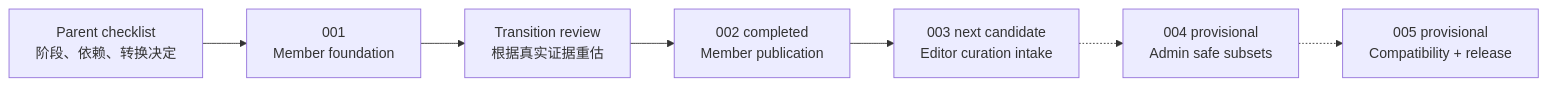
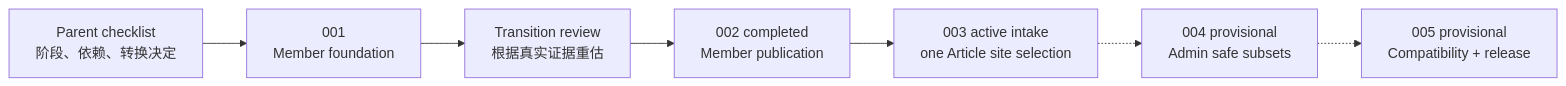
The diagram in docs/roadmap/agent-workspace-program.md (lonelyreader/chinaknowledge), drawn with Mermaid before and after one commit. The commit also changed other lines of this file and 5 other files, not shown here.

Commit message:
docs(agent): start editor site curation

````diff
--- a/docs/roadmap/agent-workspace-program.md
+++ b/docs/roadmap/agent-workspace-program.md
@@ -21,9 +21,9 @@
 ```mermaid
 flowchart LR
     P["Parent checklist<br/>阶段、依赖、转换决定"] --> A1["001<br/>Member foundation"]
     A1 --> R["Transition review<br/>根据真实证据重估"]
     R --> A2["002 completed<br/>Member publication"]
-    A2 --> A3["003 next candidate<br/>Editor curation intake"]
+    A2 --> A3["003 active intake<br/>one Article site selection"]
     A3 -.-> A4["004 provisional<br/>Admin safe subsets"]
     A4 -.-> A5["005 provisional<br/>Compatibility + release"]
 ```
````
